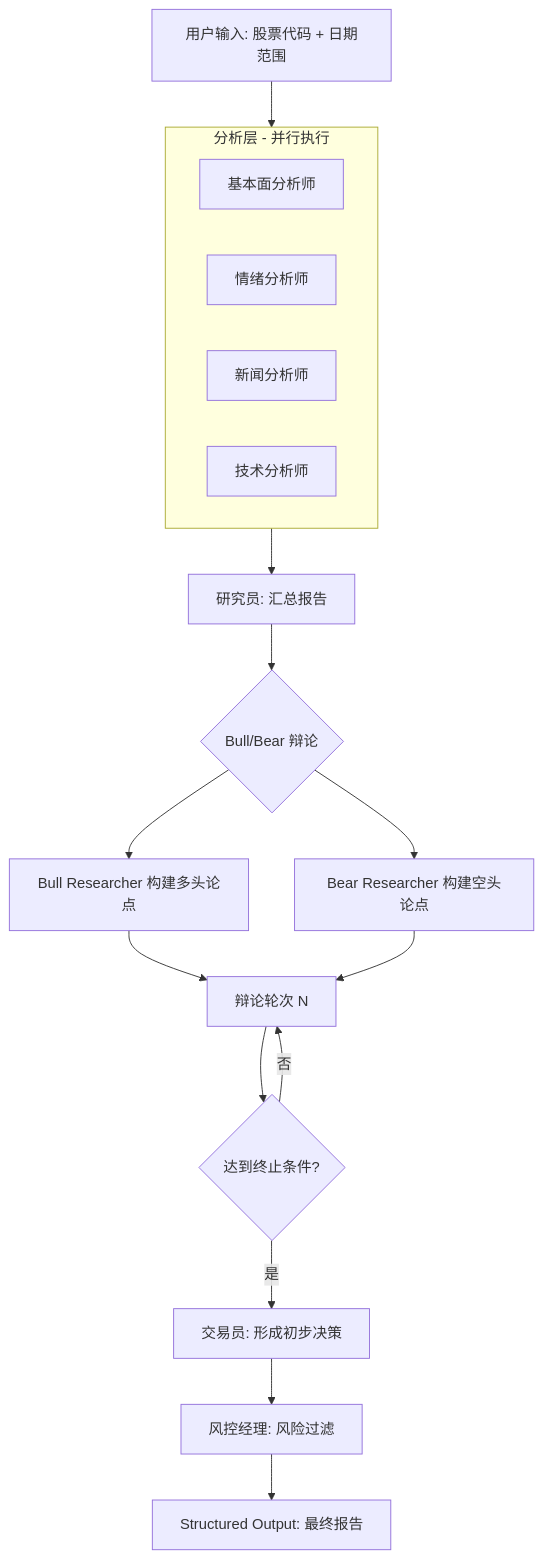
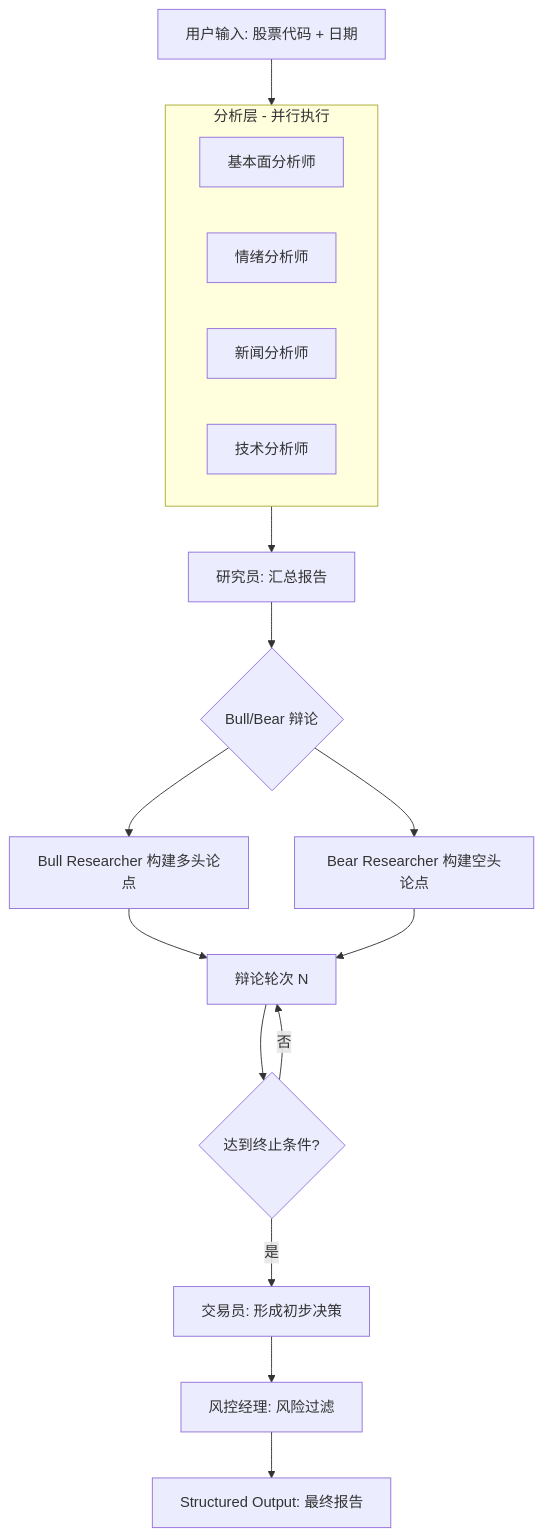
The first of 2 diagrams in docs/AI Agent 与大模型应用开发实战手册/第七章 垂直场景实战项目/7.1 项目一：AI 选股分析师（基于 TradingAgents）.md (swf2020/AI-Agent-in-Practice), drawn with Mermaid before and after one commit. The commit also changed other lines of this file and 40 other files, not shown here.

````diff
--- a/docs/AI Agent 与大模型应用开发实战手册/第七章 垂直场景实战项目/7.1 项目一：AI 选股分析师（基于 TradingAgents）.md
+++ b/docs/AI Agent 与大模型应用开发实战手册/第七章 垂直场景实战项目/7.1 项目一：AI 选股分析师（基于 TradingAgents）.md
@@ -57,23 +58,23 @@
 ```mermaid
 graph TD
-    A[用户输入: 股票代码 + 日期范围] --> B[并发分析层]
-    
+    A[用户输入: 股票代码 + 日期] --> B[并发分析层]
+
     subgraph B[分析层 - 并行执行]
         B1[基本面分析师]
         B2[情绪分析师]
         B3[新闻分析师]
         B4[技术分析师]
     end
-    
+
     B --> C[研究员: 汇总报告]
     C --> D{Bull/Bear 辩论}
     D --> D1[Bull Researcher 构建多头论点]
     D --> D2[Bear Researcher 构建空头论点]
     D1 --> E[辩论轮次 N]
     D2 --> E
     E --> F{达到终止条件?}
     F -- 否 --> E
     F -- 是 --> G[交易员: 形成初步决策]
     G --> H[风控经理: 风险过滤]
     H --> I[Structured Output: 最终报告]
 ```
````
